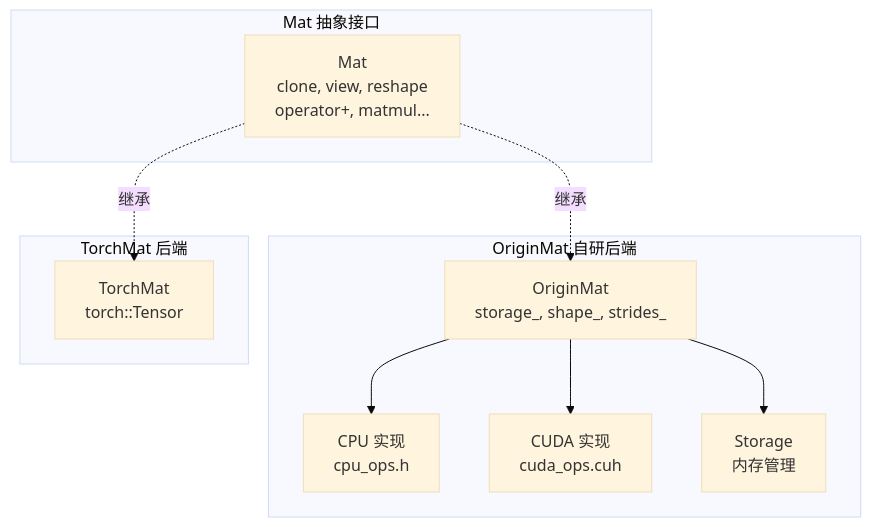
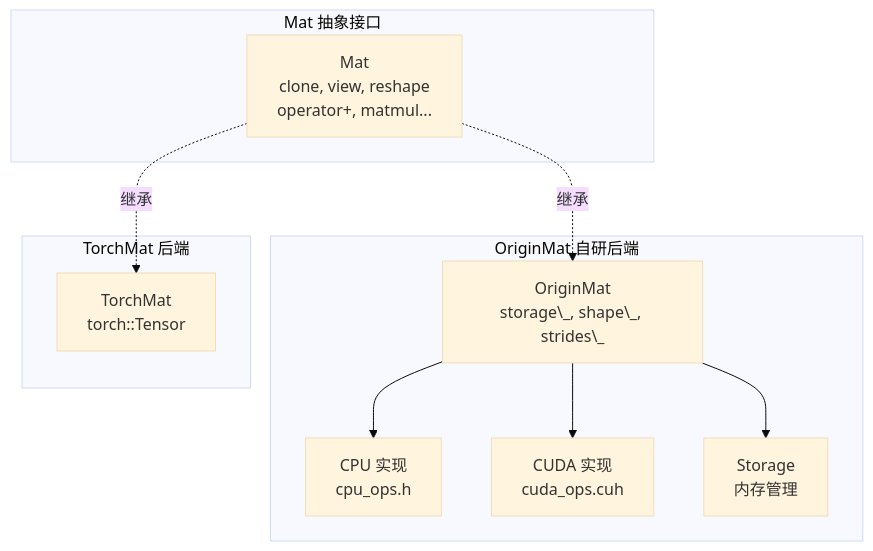
Before and after one commit to jinbooooom/OriginDL: the seventh of 41 diagrams in docs/design/architecture.md, drawn with Mermaid (base theme). The commit also changed other lines of this file, not shown here.

````diff
--- a/docs/design/architecture.md
+++ b/docs/design/architecture.md
@@ -517,23 +479,23 @@
 ```mermaid
 flowchart TB
     subgraph MatInterface["Mat 抽象接口"]
         Mat["Mat<br/>clone, view, reshape<br/>operator+, matmul..."]
     end
     
     subgraph OriginBackend["OriginMat 自研后端"]
-        OriginMat["OriginMat<br/>storage_, shape_, strides_"]
+        OriginMat["OriginMat<br/>storage\_, shape\_, strides\_"]
         CPUOps["CPU 实现<br/>cpu_ops.h"]
         CUDEOps["CUDA 实现<br/>cuda_ops.cuh"]
         Storage["Storage<br/>内存管理"]
         OriginMat --> CPUOps
         OriginMat --> CUDEOps
         OriginMat --> Storage
     end
     
     subgraph TorchBackend["TorchMat 后端"]
         TorchMat["TorchMat<br/>torch::Tensor"]
     end
     
     Mat -.->|继承| OriginMat
     Mat -.->|继承| TorchMat
 ```
````
